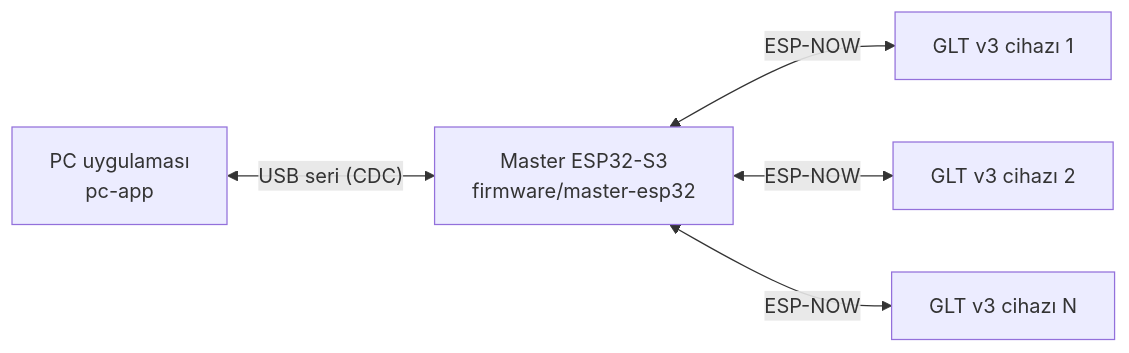
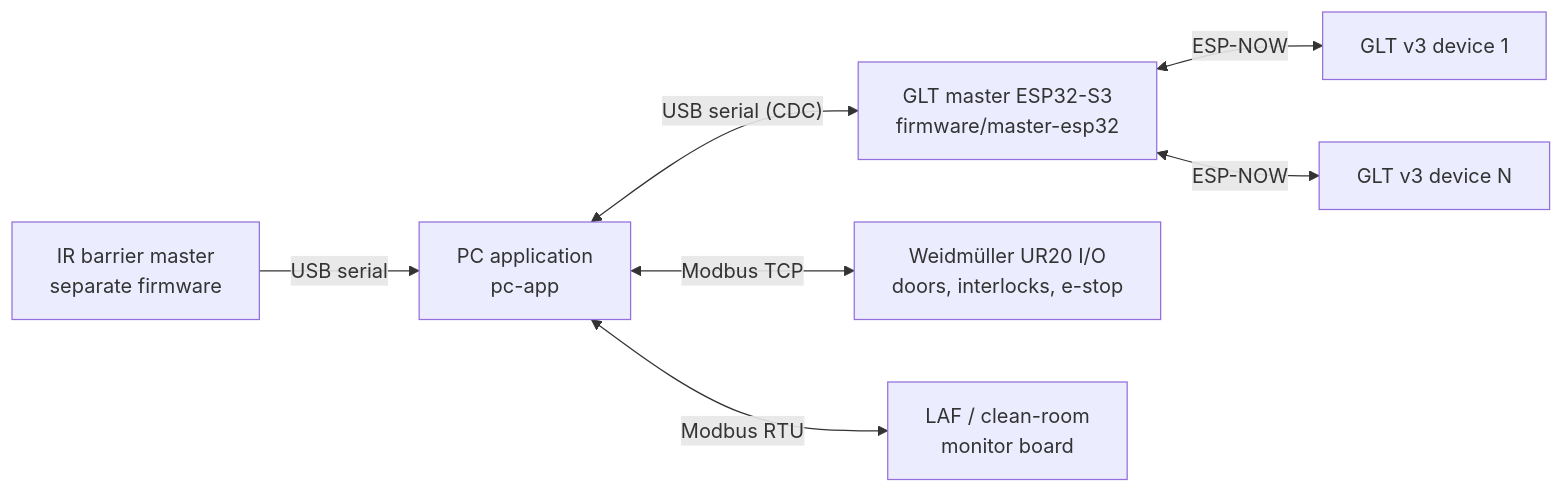
Before and after one commit to Ahmeddrsnn/oRABS: the diagram in README.md, drawn with Mermaid. The commit also changed other lines of this file and 1 other file, not shown here.

````diff
--- a/README.md
+++ b/README.md
@@ -27,12 +33,16 @@
 ```mermaid
 flowchart LR
-    APP["PC uygulaması<br/>pc-app"]
-    MASTER["Master ESP32-S3<br/>firmware/master-esp32"]
-    DEV1["GLT v3 cihazı 1"]
-    DEV2["GLT v3 cihazı 2"]
-    DEVN["GLT v3 cihazı N"]
-    APP <-->|"USB seri (CDC)"| MASTER
+    APP["PC application<br/>pc-app"]
+    MASTER["GLT master ESP32-S3<br/>firmware/master-esp32"]
+    DEV1["GLT v3 device 1"]
+    DEVN["GLT v3 device N"]
+    WM["Weidmüller UR20 I/O<br/>doors, interlocks, e-stop"]
+    LAF["LAF / clean-room<br/>monitor board"]
+    BAR["IR barrier master<br/>separate firmware"]
+    APP <-->|"USB serial (CDC)"| MASTER
     MASTER <-->|"ESP-NOW"| DEV1
-    MASTER <-->|"ESP-NOW"| DEV2
     MASTER <-->|"ESP-NOW"| DEVN
+    APP <-->|"Modbus TCP"| WM
+    APP <-->|"Modbus RTU"| LAF
+    BAR -->|"USB serial"| APP
 ```
````
